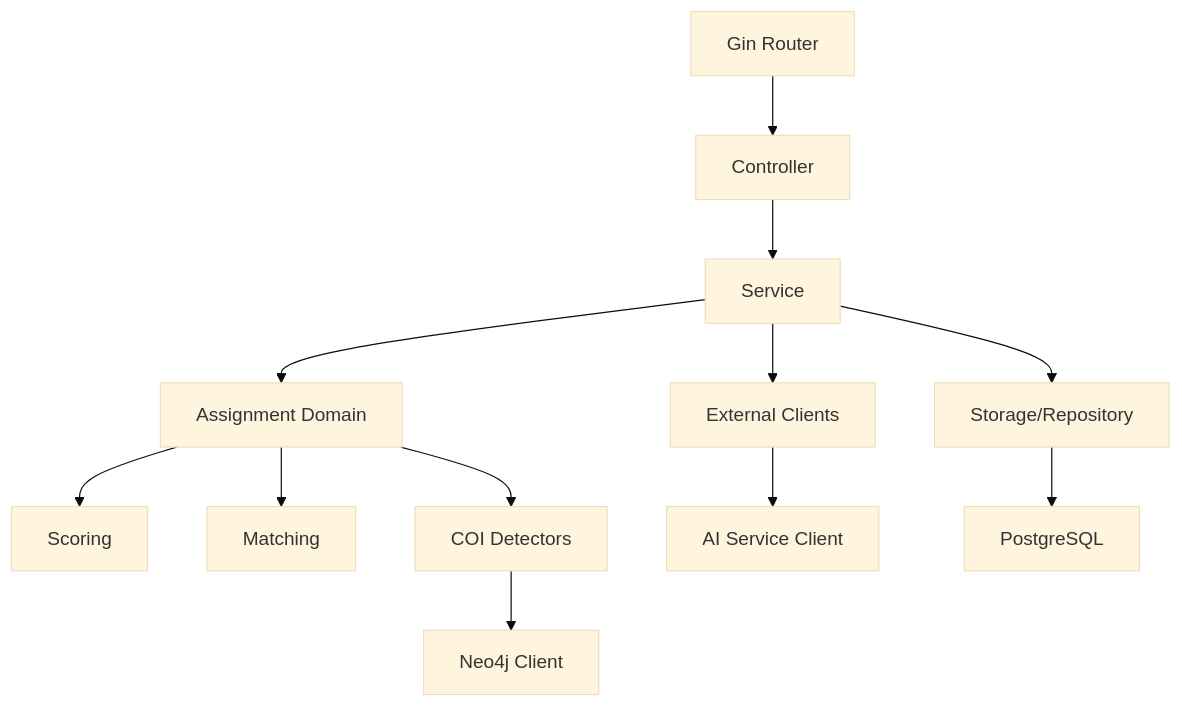
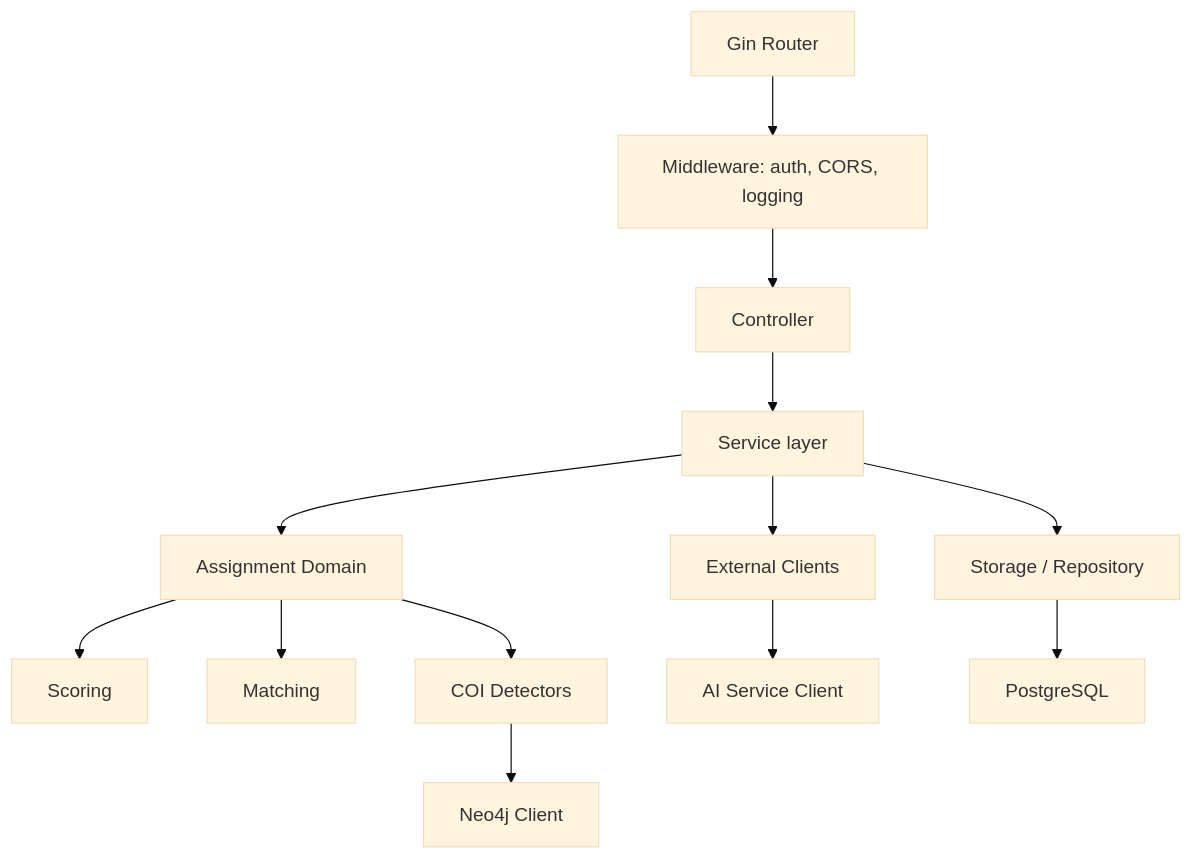
The ninth of 19 diagrams in docs/report/compiled/final_combined/03-xay-dung-he-thong.md (5CLCsCan/ConferenceSpace), drawn with Mermaid (base theme) before and after one commit. The commit also changed other lines of this file and 4 other files, not shown here.

````diff
--- a/docs/report/compiled/final_combined/03-xay-dung-he-thong.md
+++ b/docs/report/compiled/final_combined/03-xay-dung-he-thong.md
@@ -246,14 +299,15 @@
 ```mermaid
 flowchart TD
-    R["Gin Router"] --> C["Controller"]
-    C --> S["Service"]
-    S --> ST["Storage/Repository"]
+    R["Gin Router"] --> M["Middleware: auth, CORS, logging"]
+    M --> C["Controller"]
+    C --> S["Service layer"]
+    S --> ST["Storage / Repository"]
     S --> CL["External Clients"]
     S --> AS["Assignment Domain"]
     AS --> SC["Scoring"]
     AS --> MT["Matching"]
     AS --> COI["COI Detectors"]
     COI --> N["Neo4j Client"]
     CL --> AI["AI Service Client"]
     ST --> P["PostgreSQL"]
 ```
````
